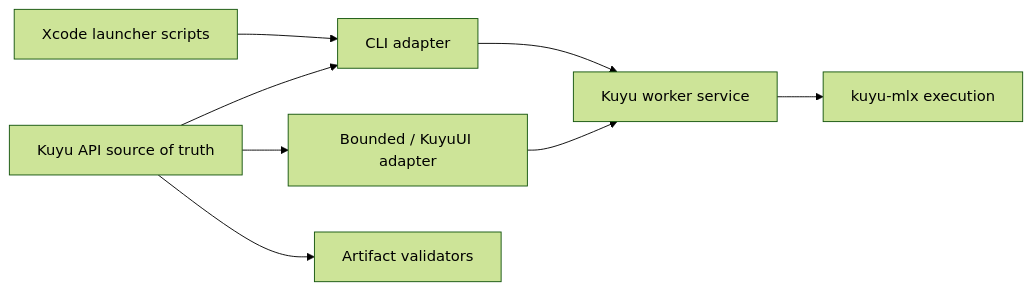
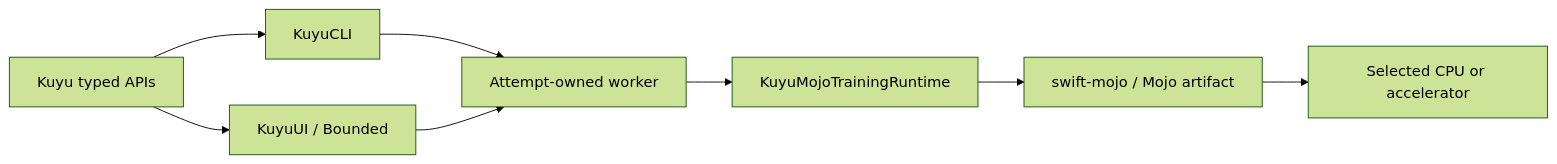
Before and after one commit to 1amageek/kuyu: the diagram in README.md, drawn with Mermaid (forest theme). The commit also changed other lines of this file and 3 other files, not shown here.

Commit message:
Adopt Mojo-only training architecture

````diff
--- a/README.md
+++ b/README.md
@@ -42,10 +13,10 @@
 ```mermaid
 flowchart LR
-  A["Kuyu API source of truth"] --> B["CLI adapter"]
-  A --> C["Bounded / KuyuUI adapter"]
-  A --> D["Artifact validators"]
-  B --> W["Kuyu worker service"]
-  C --> W
-  W --> M["kuyu-mlx execution"]
-  E["Xcode launcher scripts"] --> B
+  API["Kuyu typed APIs"] --> CLI["KuyuCLI"]
+  API --> UI["KuyuUI / Bounded"]
+  CLI --> Worker["Attempt-owned worker"]
+  UI --> Worker
+  Worker --> Runtime["KuyuMojoTrainingRuntime"]
+  Runtime --> Mojo["swift-mojo / Mojo artifact"]
+  Mojo --> Device["Selected CPU or accelerator"]
 ```
````
